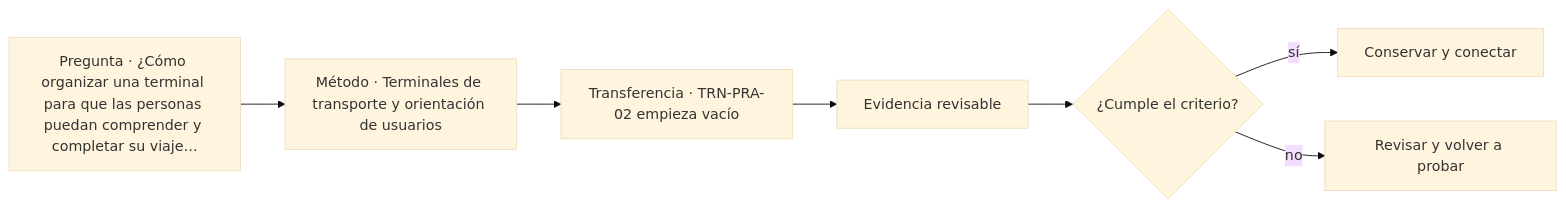
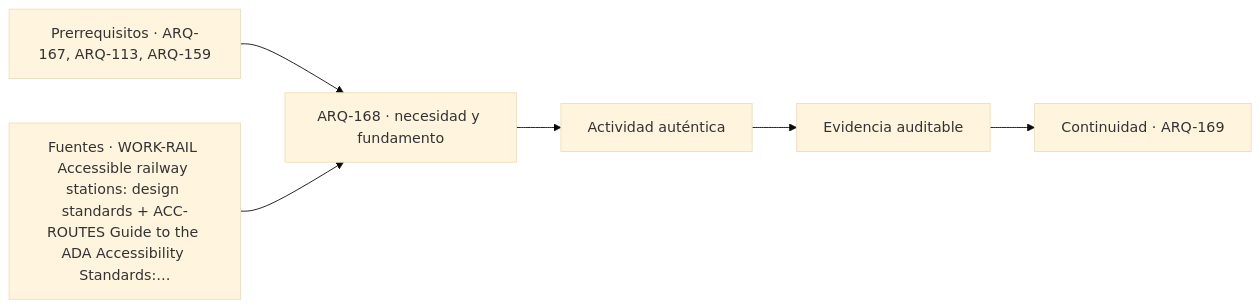
One commit to vladimiracunadev-create/architecture-built-environment-learning-program changed the diagram in classes/parte-17/ARQ-168.md. Above: the diagram before and after it, drawn with Mermaid (base theme). The commit also changed other lines of this file and 761 other files, not shown here.

````diff
--- a/classes/parte-17/ARQ-168.md
+++ b/classes/parte-17/ARQ-168.md
@@ -114,9 +126,8 @@
 ```mermaid
 flowchart LR
-    Q["Pregunta · ¿Cómo organizar una terminal para que las personas puedan comprender y completar su viaje…"] --> M["Método · Terminales de transporte y orientación de usuarios"]
-    M --> P["Transferencia · TRN-PRA-02 empieza vacío"]
-    P --> E["Evidencia revisable"]
-    E --> C{"¿Cumple el criterio?"}
-    C -->|sí| T["Conservar y conectar"]
-    C -->|no| R["Revisar y volver a probar"]
+    A["Prerrequisitos · ARQ-167, ARQ-113, ARQ-159"] --> B["ARQ-168 · necesidad y fundamento"]
+    S["Fuentes · WORK-RAIL Accessible railway stations: design standards + ACC-ROUTES Guide to the ADA Accessibility Standards:…"] --> B
+    B --> C["Actividad auténtica"]
+    C --> D["Evidencia auditable"]
+    D --> E["Continuidad · ARQ-169"]
 ```
````
